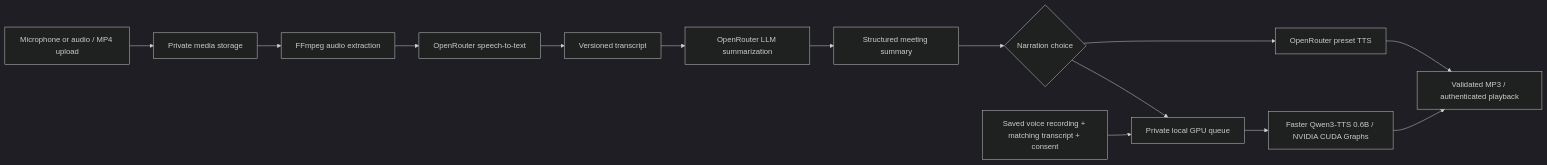
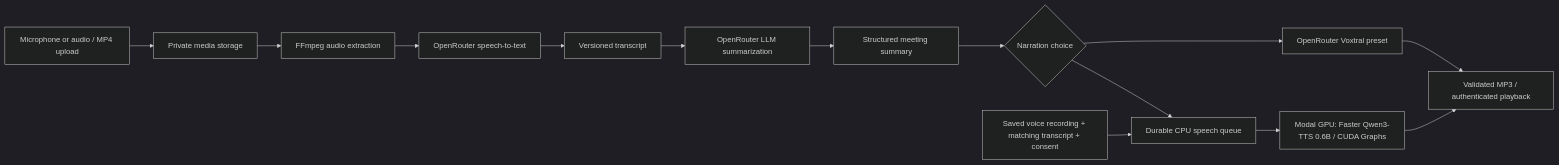
One commit to Parthik880/Sumx changed the diagram in README.md. Above: the diagram before and after it, drawn with Mermaid (dark theme). The commit also changed other lines of this file and 96 other files, not shown here.

````diff
--- a/README.md
+++ b/README.md
@@ -45,16 +45,16 @@
 ```mermaid
 flowchart LR
     A[Microphone or audio / MP4 upload] --> B[Private media storage]
     B --> C[FFmpeg audio extraction]
     C --> D[OpenRouter speech-to-text]
     D --> E[Versioned transcript]
     E --> F[OpenRouter LLM summarization]
     F --> G[Structured meeting summary]
     G --> H{Narration choice}
-    H --> I[OpenRouter preset TTS]
-    H --> J[Private local GPU queue]
+    H --> I[OpenRouter Voxtral preset]
+    H --> J[Durable CPU speech queue]
     V[Saved voice recording + matching transcript + consent] --> J
-    J --> K[Faster Qwen3-TTS 0.6B / NVIDIA CUDA Graphs]
+    J --> K[Modal GPU: Faster Qwen3-TTS 0.6B / CUDA Graphs]
     I --> L[Validated MP3 / authenticated playback]
     K --> L
 ```
````
